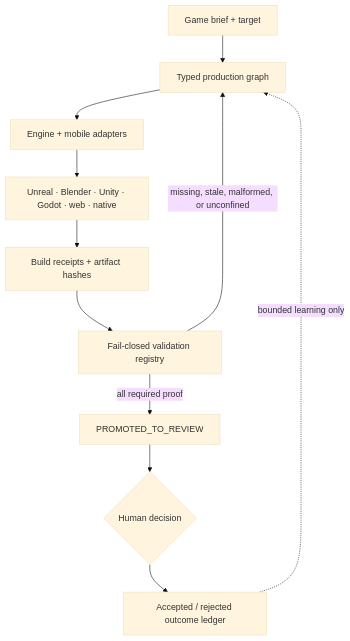
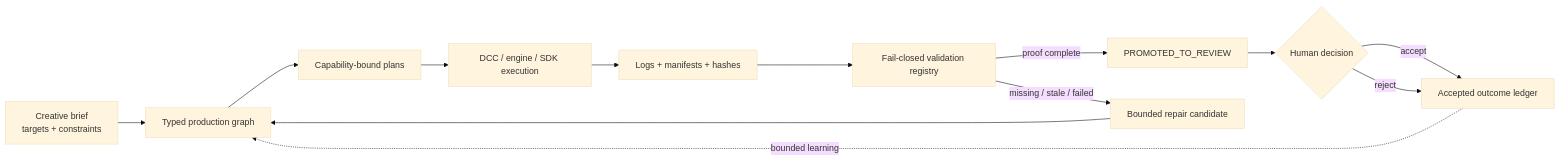
The first of 4 diagrams in README.md (ObtuseAI/dimwit), drawn with Mermaid (base theme) before and after one commit. The commit also changed other lines of this file, not shown here.

Commit message:
docs: explain Dimwit production architecture

````diff
--- a/README.md
+++ b/README.md
@@ -36,23 +55,15 @@
 ```mermaid
-flowchart TB
-    BRIEF["Game brief + target"]
-    GRAPH["Typed production graph"]
-    ADAPTERS["Engine + mobile adapters"]
-    TOOLS["Unreal · Blender · Unity · Godot · web · native"]
-    RECEIPTS["Build receipts + artifact hashes"]
-    VALIDATE["Fail-closed validation registry"]
-    REVIEW["PROMOTED_TO_REVIEW"]
-    HUMAN{"Human decision"}
-    OUTCOME["Accepted / rejected outcome ledger"]
-
-    BRIEF --> GRAPH
-    GRAPH --> ADAPTERS
-    ADAPTERS --> TOOLS
-    TOOLS --> RECEIPTS
-    RECEIPTS --> VALIDATE
-    VALIDATE -->|"all required proof"| REVIEW
-    VALIDATE -->|"missing, stale, malformed, or unconfined"| GRAPH
-    REVIEW --> HUMAN
-    HUMAN --> OUTCOME
-    OUTCOME -. "bounded learning only" .-> GRAPH
+flowchart LR
+    BRIEF["Creative brief<br/>targets + constraints"] --> GRAPH["Typed production graph"]
+    GRAPH --> PLAN["Capability-bound plans"]
+    PLAN --> DCC["DCC / engine / SDK execution"]
+    DCC --> RECEIPTS["Logs + manifests + hashes"]
+    RECEIPTS --> VALIDATE["Fail-closed validation registry"]
+    VALIDATE -->|"proof complete"| REVIEW["PROMOTED_TO_REVIEW"]
+    VALIDATE -->|"missing / stale / failed"| REPAIR["Bounded repair candidate"]
+    REPAIR --> GRAPH
+    REVIEW --> HUMAN{"Human decision"}
+    HUMAN -->|"accept"| OUTCOME["Accepted outcome ledger"]
+    HUMAN -->|"reject"| OUTCOME
+    OUTCOME -. "bounded learning" .-> GRAPH
 ```
````
